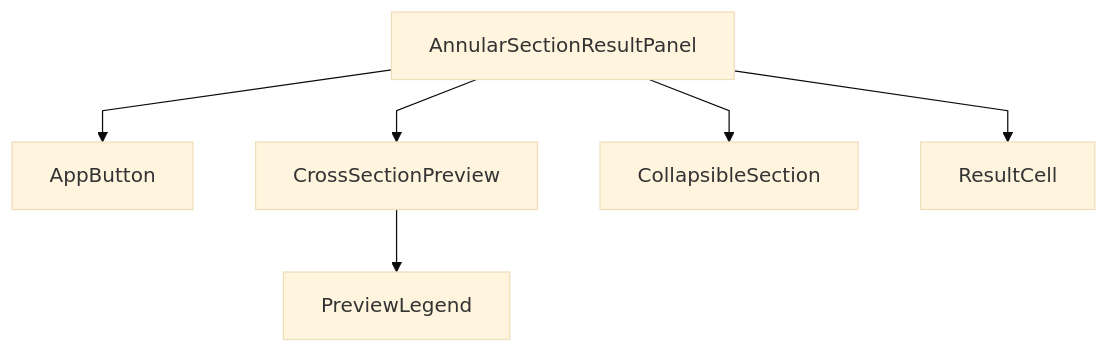
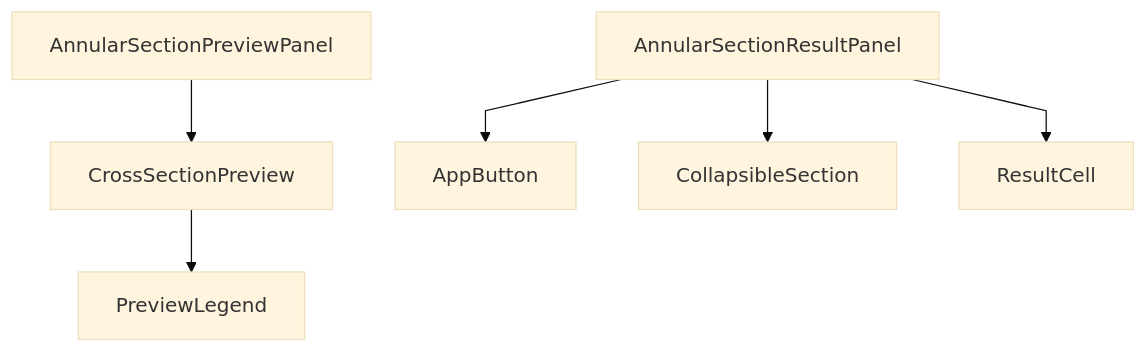
The third of 4 diagrams in docs/component-hierarchy.md (sstools-jp/rc), drawn with Mermaid (base theme) before and after one commit. The commit also changed other lines of this file and 18 other files, not shown here.

````diff
--- a/docs/component-hierarchy.md
+++ b/docs/component-hierarchy.md
@@ -34,9 +35,9 @@
 ```mermaid
 %%{init: {'flowchart': {'curve': 'linear'}} }%%
 flowchart TB
+  PreviewPanel["AnnularSectionPreviewPanel"] --> CrossSectionPreview["CrossSectionPreview"]
   ResultPanel["AnnularSectionResultPanel"] --> AppButton["AppButton"]
-  ResultPanel --> CrossSectionPreview["CrossSectionPreview"]
   ResultPanel --> CollapsibleSection["CollapsibleSection"]
   ResultPanel --> ResultCell["ResultCell"]
   CrossSectionPreview --> PreviewLegend["PreviewLegend"]
 ```
````
